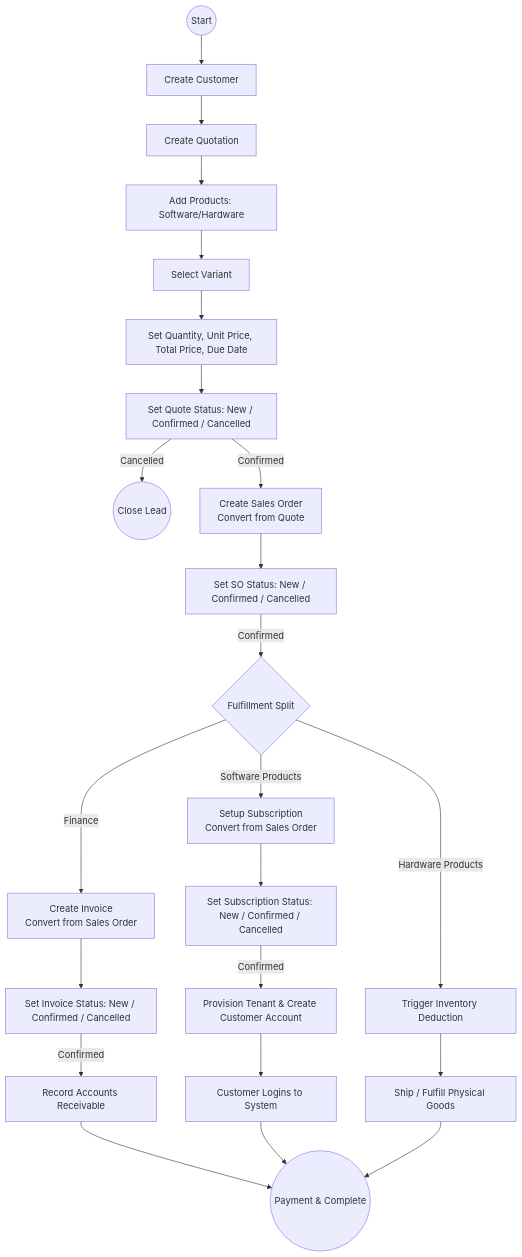
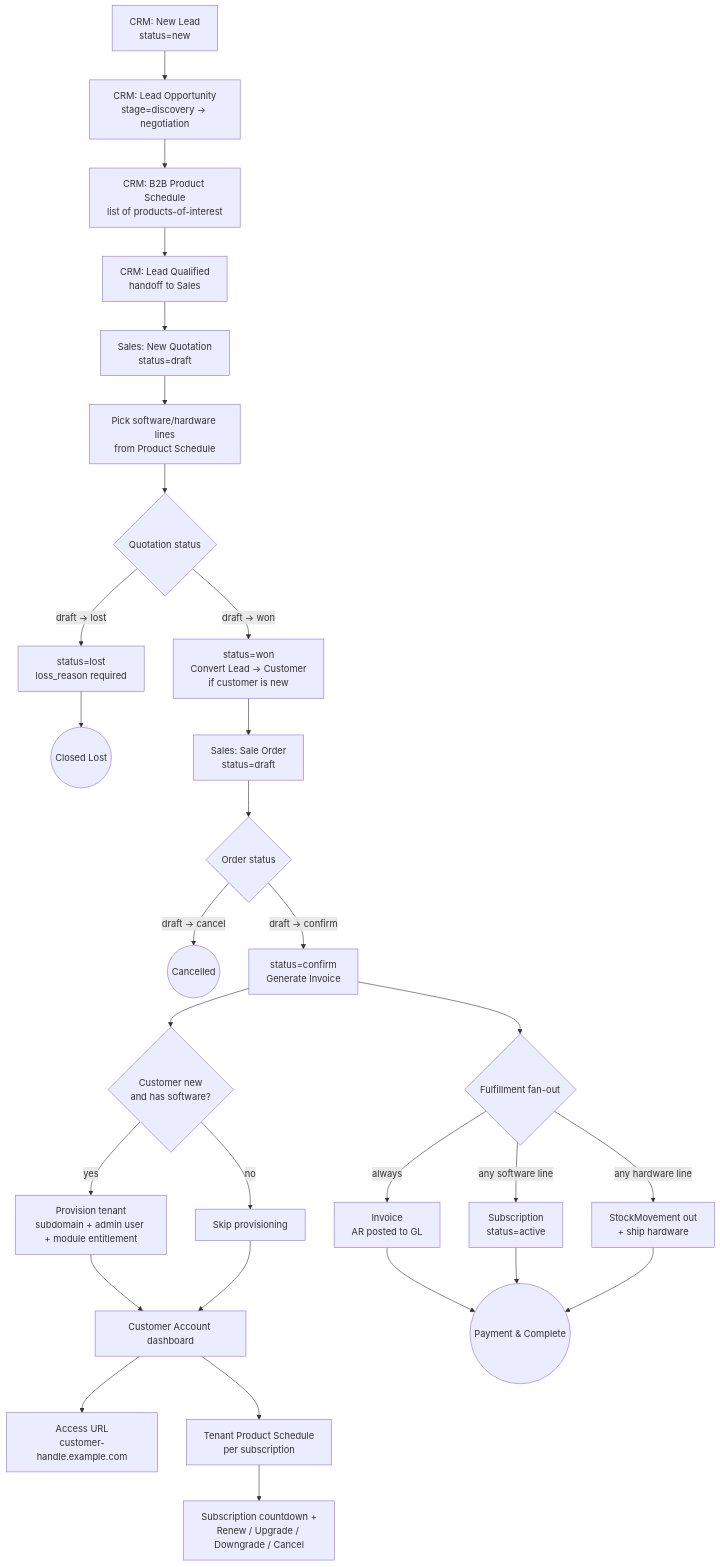
The diagram in rules/hybrid_sales_business_flow.md (pphatdev/erp-prompt), drawn with Mermaid before and after one commit. The commit also changed other lines of this file and 16 other files, not shown here.

Commit message:
feat: implement core CRM, inventory, and sales modules including financial services, automated tasks, and comprehensive test coverage.

````diff
--- a/rules/hybrid_sales_business_flow.md
+++ b/rules/hybrid_sales_business_flow.md
@@ -5,42 +9,46 @@
 ```mermaid
 graph TD
-    %% Initial Customer & Quote Phase
-    Start((Start)) --> A[Create Customer]
-    A --> B[Create Quotation]
-    
-    %% Quote Details
-    B --> B1[Add Products: Software/Hardware]
-    B1 --> B2[Select Variant]
-    B2 --> B3[Set Quantity, Unit Price, Total Price, Due Date]
-    B3 --> C[Set Quote Status: New / Confirmed / Cancelled]
-    
-    %% Cancellation path
-    C -- Cancelled --> End1((Close Lead))
-    
-    %% Order Conversion Phase
-    C -- Confirmed --> D[Create Sales Order <br/> Convert from Quote]
-    D --> D1[Set SO Status: New / Confirmed / Cancelled]
-    
-    %% Parallel Processing from Sales Order
-    D1 -- Confirmed --> Split{Fulfillment Split}
-    
-    %% Path 1: Invoicing (Applies to all)
-    Split -->|Finance| E[Create Invoice <br/> Convert from Sales Order]
-    E --> E1[Set Invoice Status: New / Confirmed / Cancelled]
-    E1 -- Confirmed --> E2[Record Accounts Receivable]
-    
-    %% Path 2: Software / Subscription Setup
-    Split -->|Software Products| F[Setup Subscription <br/> Convert from Sales Order]
-    F --> F1[Set Subscription Status: New / Confirmed / Cancelled]
-    F1 -- Confirmed --> F2[Provision Tenant & Create Customer Account]
-    F2 --> F3[Customer Logins to System]
-    
-    %% Path 3: Hardware Fulfillment
-    Split -->|Hardware Products| G[Trigger Inventory Deduction]
-    G --> G1[Ship / Fulfill Physical Goods]
+    %% ───── CRM Module ─────
+    L1[CRM: New Lead<br/>status=new] --> L2[CRM: Lead Opportunity<br/>stage=discovery → negotiation]
+    L2 --> L3[CRM: B2B Product Schedule<br/>list of products-of-interest]
+    L3 --> L4[CRM: Lead Qualified<br/>handoff to Sales]
 
-    %% End states
-    E2 --> Final((Payment & Complete))
-    F3 --> Final
-    G1 --> Final
+    %% ───── Sales Module — Quotation ─────
+    L4 --> Q1[Sales: New Quotation<br/>status=draft]
+    Q1 --> Q2[Pick software/hardware lines<br/>from Product Schedule]
+    Q2 --> QS{Quotation status}
+
+    QS -- draft → lost --> QL[status=lost<br/>loss_reason required]
+    QL --> EndLost((Closed Lost))
+
+    QS -- draft → won --> QW[status=won<br/>Convert Lead → Customer<br/>if customer is new]
+
+    %% ───── Sales Module — Sales Order ─────
+    QW --> SO1[Sales: Sale Order<br/>status=draft]
+    SO1 --> SOS{Order status}
+
+    SOS -- draft → cancel --> EndCancel((Cancelled))
+    SOS -- draft → confirm --> SO2[status=confirm<br/>Generate Invoice]
+
+    %% ───── Fulfillment fan-out ─────
+    SO2 --> FAN{Fulfillment fan-out}
+    FAN -- always --> INV[Invoice<br/>AR posted to GL]
+    FAN -- any software line --> SUB[Subscription<br/>status=active]
+    FAN -- any hardware line --> STK[StockMovement out<br/>+ ship hardware]
+
+    %% ───── Tenant Provisioning ─────
+    SO2 --> PR{Customer new<br/>and has software?}
+    PR -- yes --> TP[Provision tenant<br/>subdomain + admin user + module entitlement]
+    PR -- no --> Skip[Skip provisioning]
+    TP --> ACC[Customer Account dashboard]
+    Skip --> ACC
+
+    %% ───── Customer Account ─────
+    ACC --> ACC1[Access URL<br/>customer-handle.example.com]
+    ACC --> ACC2[Tenant Product Schedule<br/>per subscription]
+    ACC2 --> ACC3[Subscription countdown +<br/>Renew / Upgrade / Downgrade / Cancel]
+
+    INV --> Final((Payment & Complete))
+    SUB --> Final
+    STK --> Final
 ```
````
